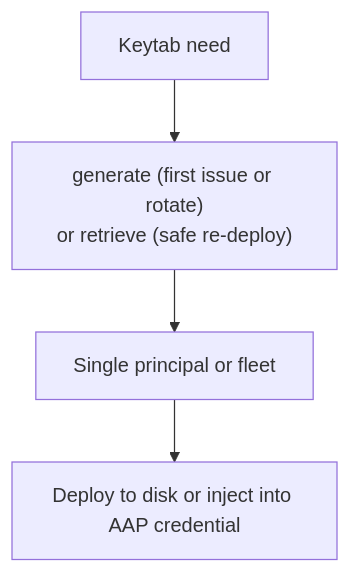
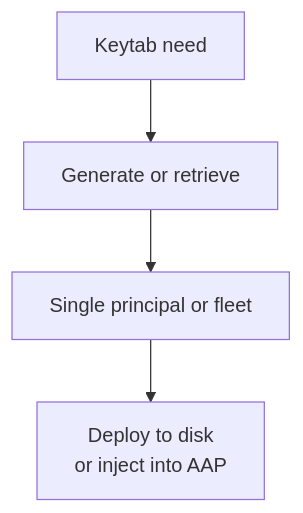
One commit to gprocunier/eigenstate-ipa changed the first of 7 diagrams in docs/keytab-use-cases.md. Above: the diagram before and after it, drawn with Mermaid. The commit also changed other lines of this file and 12 other files, not shown here.

Commit message:
Clean up Mermaid diagrams across docs

````diff
--- a/docs/keytab-use-cases.md
+++ b/docs/keytab-use-cases.md
@@ -40,6 +40,9 @@
 ```mermaid
 flowchart TD
-    question["Keytab need"] --> mode["generate (first issue or rotate)\nor retrieve (safe re-deploy)"]
-    mode --> scope["Single principal or fleet"]
-    scope --> deploy["Deploy to disk or inject into AAP credential"]
+    need["Keytab need"]
+    mode["Generate or retrieve"]
+    scope["Single principal or fleet"]
+    deploy["Deploy to disk\nor inject into AAP"]
+
+    need --> mode --> scope --> deploy
 ```
````
